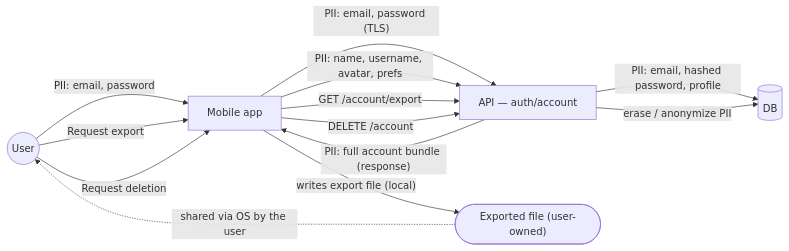
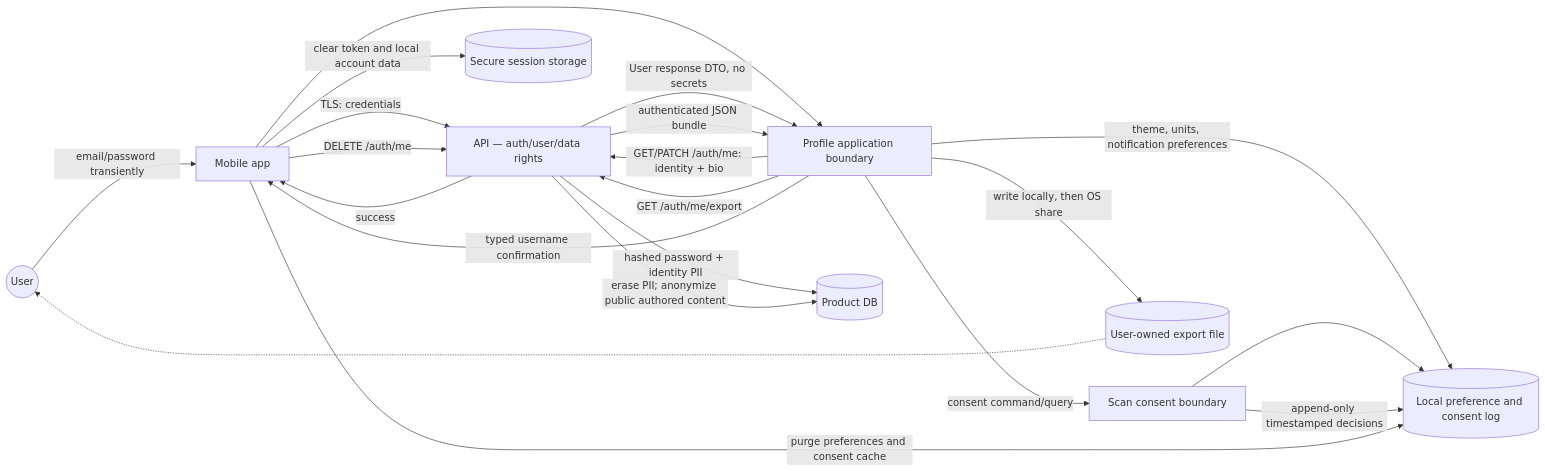
Before and after one commit to benoit-bremaud/brasse-bouillon: the diagram in docs/architecture/diagrams/account/06-data-flow.md, drawn with Mermaid. The commit also changed other lines of this file and 121 other files, not shown here.

First line of the commit message:
feat(profile): account & profile space — bio, RGPD export/deletion, preferences (#1510)

````diff
--- a/docs/architecture/diagrams/account/06-data-flow.md
+++ b/docs/architecture/diagrams/account/06-data-flow.md
@@ -14,21 +9,37 @@
 ```mermaid
 flowchart LR
   User((User))
   App["Mobile app"]
-  API["API — auth/account"]
-  DB[("DB")]
-  Export(["Exported file (user-owned)"])
+  Profile["Profile application boundary"]
+  Scan["Scan consent boundary"]
+  API["API — auth/user/data rights"]
+  DB[("Product DB")]
+  Secure[("Secure session storage")]
+  Local[("Local preference and consent log")]
+  File[("User-owned export file")]
 
-  User -->|"PII: email, password"| App
-  App -->|"PII: email, password (TLS)"| API
-  API -->|"PII: email, hashed password, profile"| DB
-  App -->|"PII: name, username, avatar, prefs"| API
-  User -->|"Request export"| App
-  App -->|"GET /account/export"| API
-  API -->|"PII: full account bundle (response)"| App
-  App -->|"writes export file (local)"| Export
-  Export -.->|"shared via OS by the user"| User
-  User -->|"Request deletion"| App
-  App -->|"DELETE /account"| API
-  API -->|"erase / anonymize PII"| DB
+  User -->|"email/password transiently"| App
+  App -->|"TLS: credentials"| API
+  API -->|"hashed password + identity PII"| DB
+
+  App --> Profile
+  Profile -->|"GET/PATCH /auth/me: identity + bio"| API
+  API -->|"User response DTO, no secrets"| Profile
+
+  Profile -->|"theme, units, notification preferences"| Local
+  Profile -->|"consent command/query"| Scan
+  Scan --> Local
+  Scan -->|"append-only timestamped decisions"| Local
+
+  Profile -->|"GET /auth/me/export"| API
+  API -->|"authenticated JSON bundle"| Profile
+  Profile -->|"write locally, then OS share"| File
+  File -.-> User
+
+  Profile -->|"typed username confirmation"| App
+  App -->|"DELETE /auth/me"| API
+  API -->|"erase PII; anonymize public authored content"| DB
+  API -->|"success"| App
+  App -->|"clear token and local account data"| Secure
+  App -->|"purge preferences and consent cache"| Local
 ```
````
